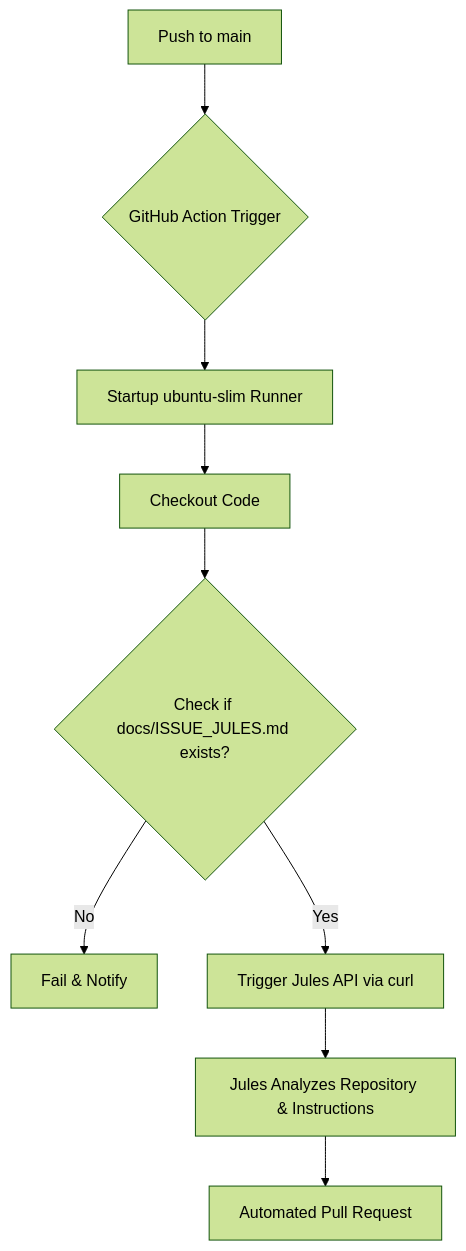
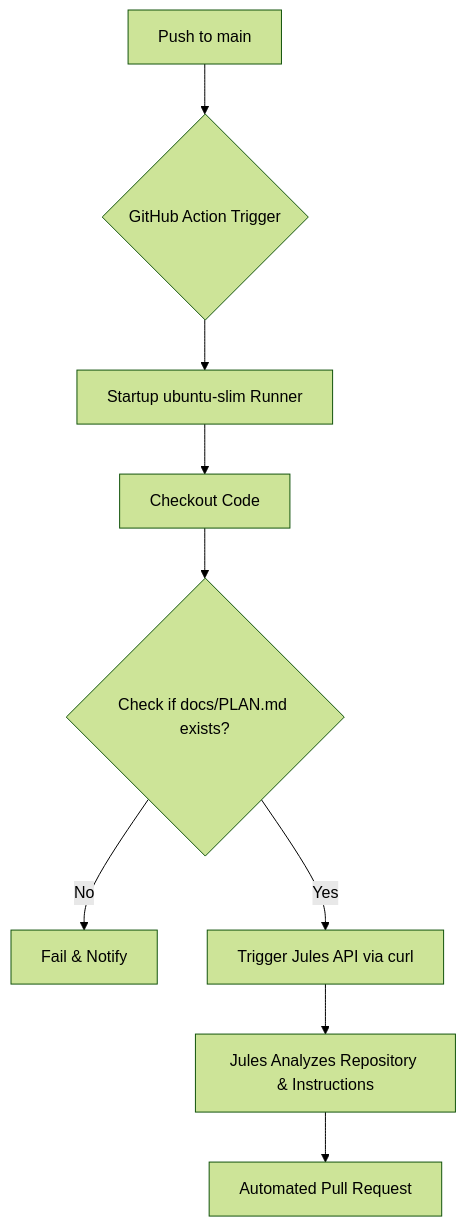
Before and after one commit to tinywasm/devflow: the diagram in docs/codejob/diagrams/JULES_WORKFLOW.md, drawn with Mermaid (forest theme). The commit also changed 1 other file, not shown here.

Commit message:
Add help command and validate codejob parameters

````diff
--- a/docs/codejob/diagrams/JULES_WORKFLOW.md
+++ b/docs/codejob/diagrams/JULES_WORKFLOW.md
@@ -1,11 +1,11 @@
 ```mermaid
 graph TD
     A[Push to main] --> B{GitHub Action Trigger}
     B --> C[Startup ubuntu-slim Runner]
     C --> D[Checkout Code]
-    D --> E{Check if docs/ISSUE_JULES.md exists?}
+    D --> E{Check if docs/PLAN.md exists?}
     E -- No --> F[Fail & Notify]
     E -- Yes --> G[Trigger Jules API via curl]
     G --> H[Jules Analyzes Repository & Instructions]
     H --> I[Automated Pull Request]
 ```
````
